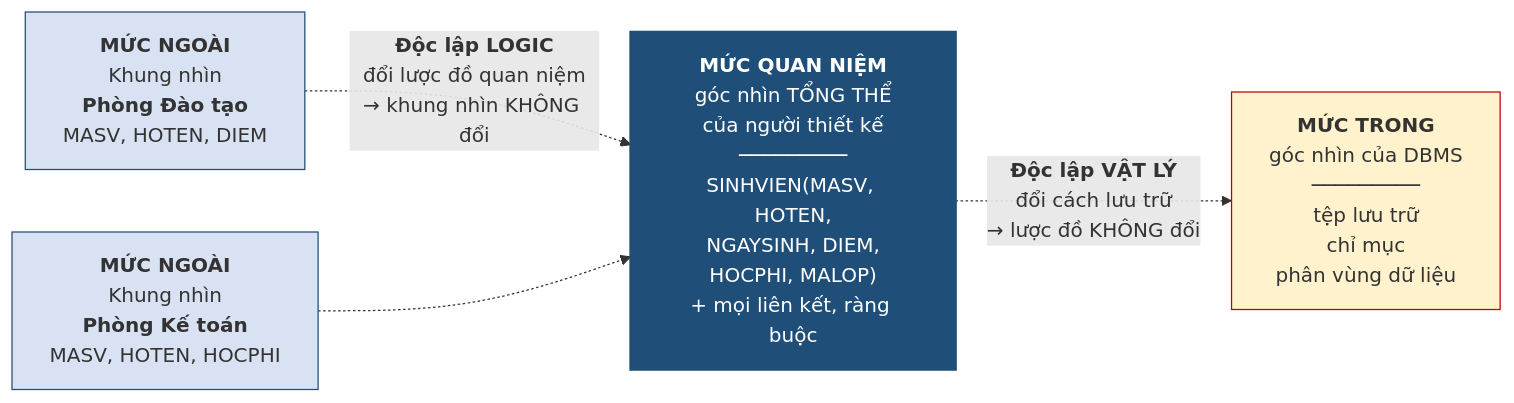
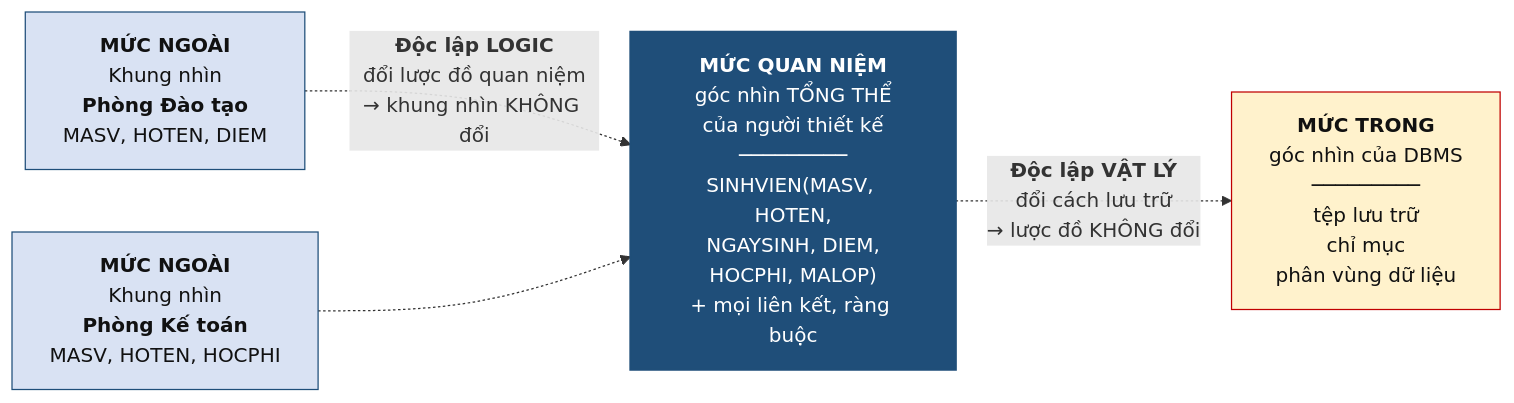
Before and after one commit to CuongNguyenDAU/csdl-dbs201: the diagram in docs/chuong-1/1-5-kien-truc-ba-muc-va-tinh-doc-lap-du-lieu.md, drawn with Mermaid. The commit also changed other lines of this file and 123 other files, not shown here.

Commit message:
Cập nhật bài giảng v7: sơ đồ ER ký pháp Chen, hình minh họa tự vẽ, mở rộng toàn diện Chương 5 và bổ sung lời giải A4, B5

````diff
--- a/docs/chuong-1/1-5-kien-truc-ba-muc-va-tinh-doc-lap-du-lieu.md
+++ b/docs/chuong-1/1-5-kien-truc-ba-muc-va-tinh-doc-lap-du-lieu.md
@@ -15,14 +15,14 @@
 ```mermaid
 flowchart LR
     V1["<b>MỨC NGOÀI</b><br/>Khung nhìn<br/><b>Phòng Đào tạo</b><br/>MASV, HOTEN, DIEM"]
     V2["<b>MỨC NGOÀI</b><br/>Khung nhìn<br/><b>Phòng Kế toán</b><br/>MASV, HOTEN, HOCPHI"]
     CON["<b>MỨC QUAN NIỆM</b><br/>góc nhìn TỔNG THỂ<br/>của người thiết kế<br/>─────────<br/>SINHVIEN(MASV, HOTEN,<br/>NGAYSINH, DIEM,<br/>HOCPHI, MALOP)<br/>+ mọi liên kết, ràng buộc"]
     INT["<b>MỨC TRONG</b><br/>góc nhìn của DBMS<br/>─────────<br/>tệp lưu trữ<br/>chỉ mục<br/>phân vùng dữ liệu"]
     V1 -.->|"<b>Độc lập LOGIC</b><br/>đổi lược đồ quan niệm<br/>→ khung nhìn KHÔNG đổi"| CON
     V2 -.-> CON
     CON -.->|"<b>Độc lập VẬT LÝ</b><br/>đổi cách lưu trữ<br/>→ lược đồ KHÔNG đổi"| INT
-    style CON fill:#1F4E79,color:#fff,stroke:#1F4E79,stroke-width:2px
-    style V1 fill:#D9E2F3,stroke:#1F4E79
-    style V2 fill:#D9E2F3,stroke:#1F4E79
-    style INT fill:#FFF2CC,stroke:#C00000
+    style CON fill:#1F4E79,color:#ffffff,stroke:#1F4E79,stroke-width:2px
+    style V1 fill:#D9E2F3,stroke:#1F4E79,color:#111111
+    style V2 fill:#D9E2F3,stroke:#1F4E79,color:#111111
+    style INT fill:#FFF2CC,stroke:#C00000,color:#111111
 ```
````
